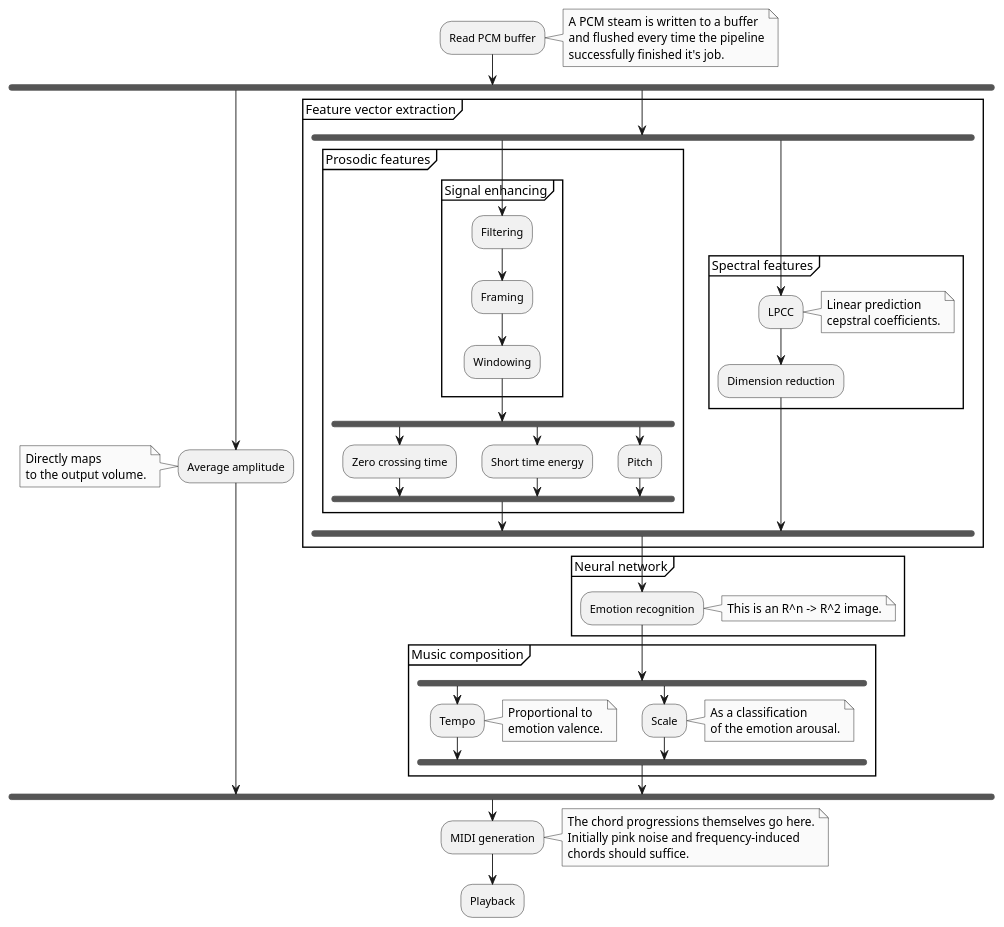
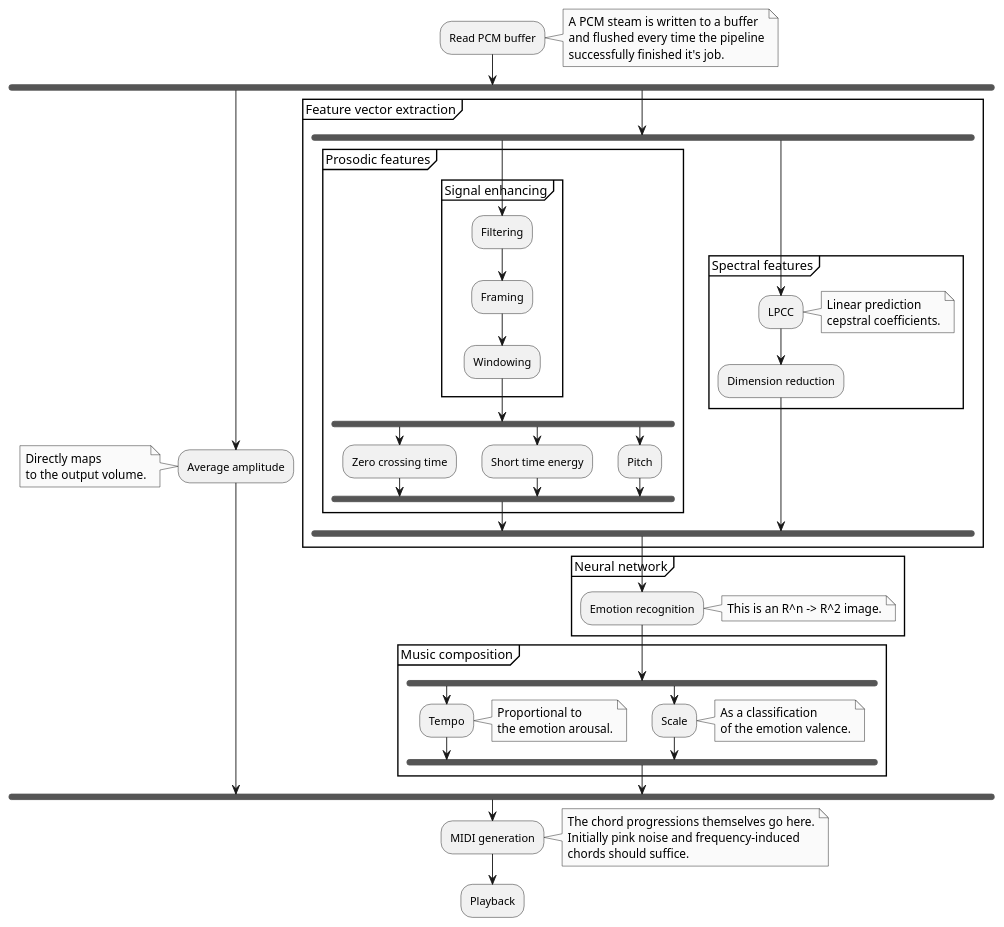
Before and after one commit to v--/serendipity: the diagram in architecture.puml, drawn with PlantUML.

Commit message:
[General] Fixed typos in the architecture file

```diff
--- a/architecture.puml
+++ b/architecture.puml
@@ -3,93 +3,93 @@
 @startuml
 
 skinparam monochrome true
 
 :Read PCM buffer;
 
 note right
     A PCM steam is written to a buffer
     and flushed every time the pipeline
     successfully finished it's job.
 end note
 
 fork
     :Average amplitude;
 
     note left
         Directly maps
         to the output volume.
     end note
 
 fork again
     partition "Feature vector extraction" {
         fork
             partition "Prosodic features" {
                 partition "Signal enhancing" {
                     :Filtering;
                     :Framing;
                     :Windowing;
                 }
 
                 fork
                     :Zero crossing time;
                 fork again
                     :Short time energy;
                 fork again
                     :Pitch;
                 end fork
             }
 
         fork again
             partition "Spectral features" {
                 :LPCC;
 
                 note right
                     Linear prediction
                     cepstral coefficients.
                 end note
 
                 :Dimension reduction;
             }
 
         end fork
     }
 
     partition "Neural network" {
         :Emotion recognition;
 
         note right
             This is an R^n -> R^2 image.
         end note
     }
 
 partition "Music composition" {
     fork
         :Tempo;
 
         note right
             Proportional to
-            emotion valence.
+            the emotion arousal.
         end note
     fork again
         :Scale;
 
         note right
             As a classification
-            of the emotion arousal.
+            of the emotion valence.
         end note
     end fork
 }
 
 end fork
 
 :MIDI generation;
 
 note right
     The chord progressions themselves go here.
     Initially pink noise and frequency-induced
     chords should suffice.
 end note
 
 :Playback;
 
 @enduml
```
